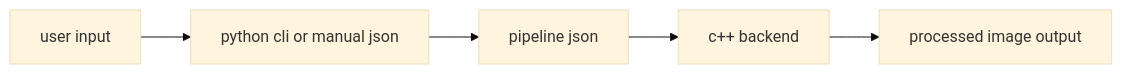
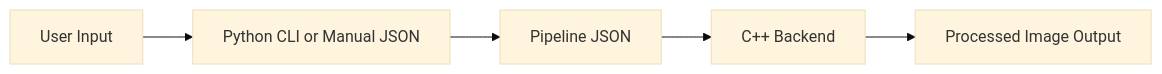
One commit to bonbon-on-fire/sea-vision-project changed the diagram in README.md. Above: the diagram before and after it, drawn with Mermaid (base theme). The commit also changed other lines of this file, not shown here.

````diff
--- a/README.md
+++ b/README.md
@@ -10,7 +10,7 @@
 ```mermaid
 flowchart LR
-    A[user input] --> B[python cli or manual json]
-    B --> C[pipeline json]
-    C --> D[c++ backend]
-    D --> E[processed image output]
+    A[User Input] --> B[Python CLI or Manual JSON]
+    B --> C[Pipeline JSON]
+    C --> D[C++ Backend]
+    D --> E[Processed Image Output]
 ```
````
